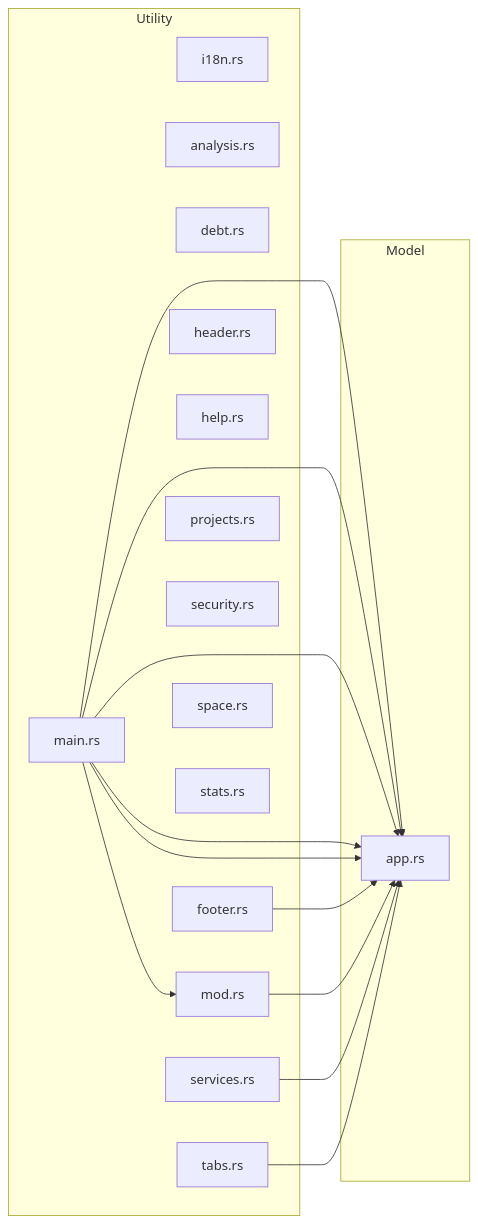
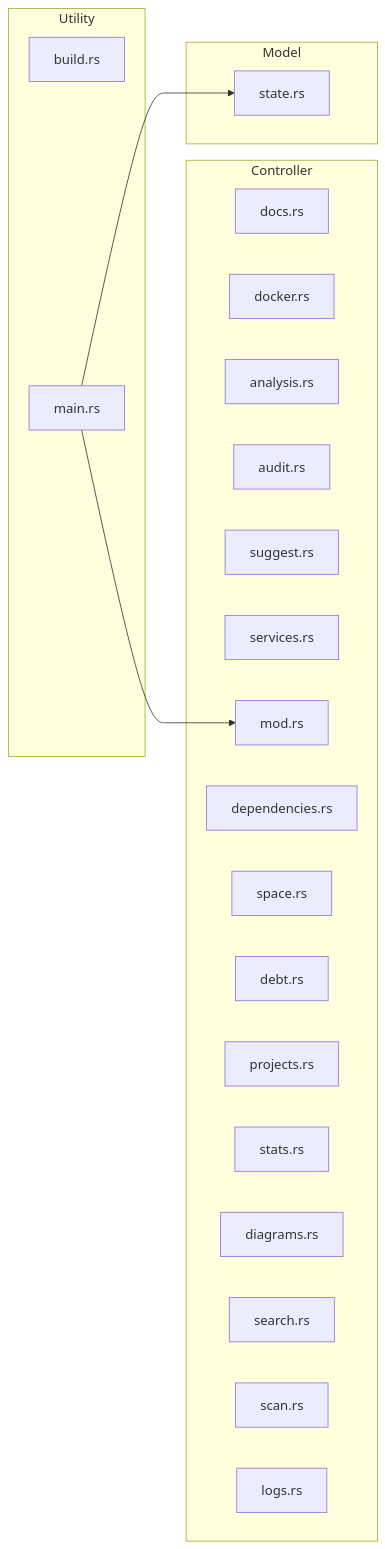
The sixth of 8 diagrams in void-stack-analysis.md (Mague/void-stack), drawn with Mermaid before and after one commit. The commit also changed other lines of this file and 15 other files, not shown here.

````diff
--- a/void-stack-analysis.md
+++ b/void-stack-analysis.md
@@ -1810,32 +1166,30 @@
 ```mermaid
 graph LR
+    subgraph controller ["Controller"]
+        src_commands_docs_rs["docs.rs"]
+        src_commands_docker_rs["docker.rs"]
+        src_commands_analysis_rs["analysis.rs"]
+        src_commands_audit_rs["audit.rs"]
+        src_commands_suggest_rs["suggest.rs"]
+        src_commands_services_rs["services.rs"]
+        src_commands_mod_rs["mod.rs"]
+        src_commands_dependencies_rs["dependencies.rs"]
+        src_commands_space_rs["space.rs"]
+        src_commands_debt_rs["debt.rs"]
+        src_commands_projects_rs["projects.rs"]
+        src_commands_stats_rs["stats.rs"]
+        src_commands_diagrams_rs["diagrams.rs"]
+        src_commands_search_rs["search.rs"]
+        src_commands_scan_rs["scan.rs"]
+        src_commands_logs_rs["logs.rs"]
+    end
     subgraph model ["Model"]
-        src_app_rs["app.rs"]
+        src_state_rs["state.rs"]
     end
     subgraph utility ["Utility"]
-        src_i18n_rs["i18n.rs"]
+        build_rs["build.rs"]
         src_main_rs["main.rs"]
-        src_ui_analysis_rs["analysis.rs"]
-        src_ui_debt_rs["debt.rs"]
-        src_ui_footer_rs["footer.rs"]
-        src_ui_header_rs["header.rs"]
-        src_ui_help_rs["help.rs"]
-        src_ui_mod_rs["mod.rs"]
-        src_ui_projects_rs["projects.rs"]
-        src_ui_security_rs["security.rs"]
-        src_ui_services_rs["services.rs"]
-        src_ui_space_rs["space.rs"]
-        src_ui_stats_rs["stats.rs"]
-        src_ui_tabs_rs["tabs.rs"]
     end
-    src_main_rs --> src_ui_mod_rs
-    src_main_rs --> src_app_rs
-    src_main_rs --> src_app_rs
-    src_main_rs --> src_app_rs
-    src_main_rs --> src_app_rs
-    src_main_rs --> src_app_rs
-    src_ui_footer_rs --> src_app_rs
-    src_ui_mod_rs --> src_app_rs
-    src_ui_services_rs --> src_app_rs
-    src_ui_tabs_rs --> src_app_rs
+    src_main_rs --> src_commands_mod_rs
+    src_main_rs --> src_state_rs
 ```
````
